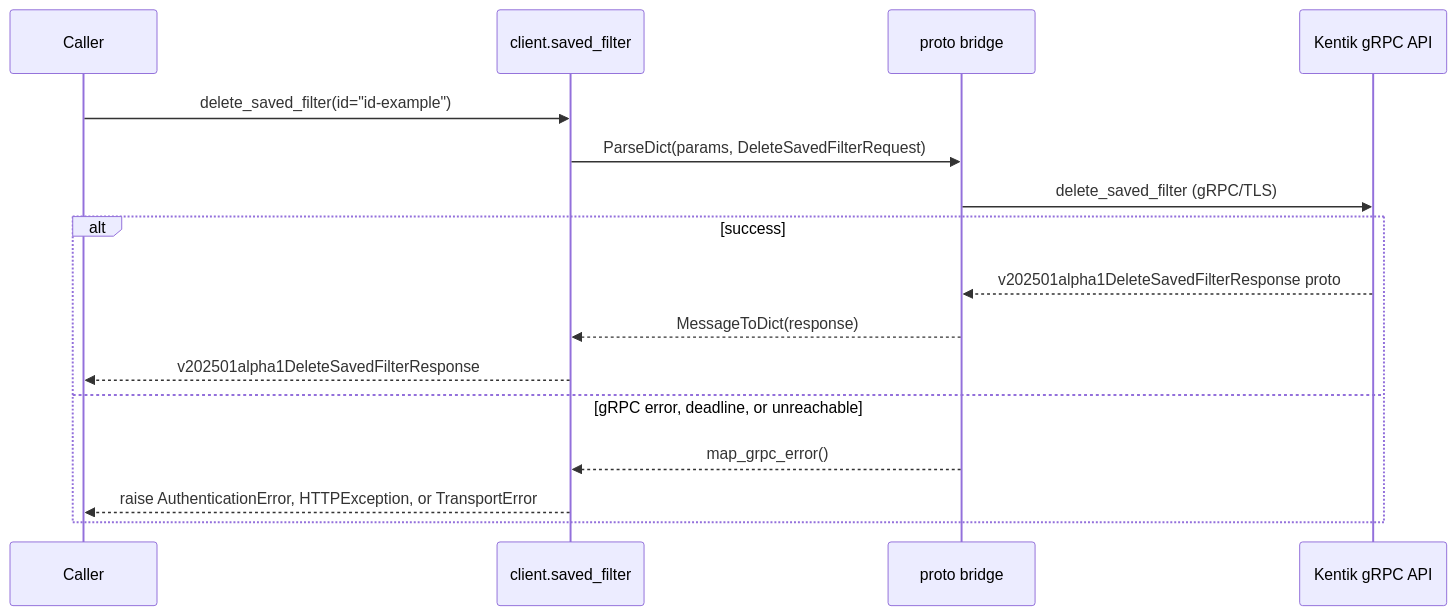
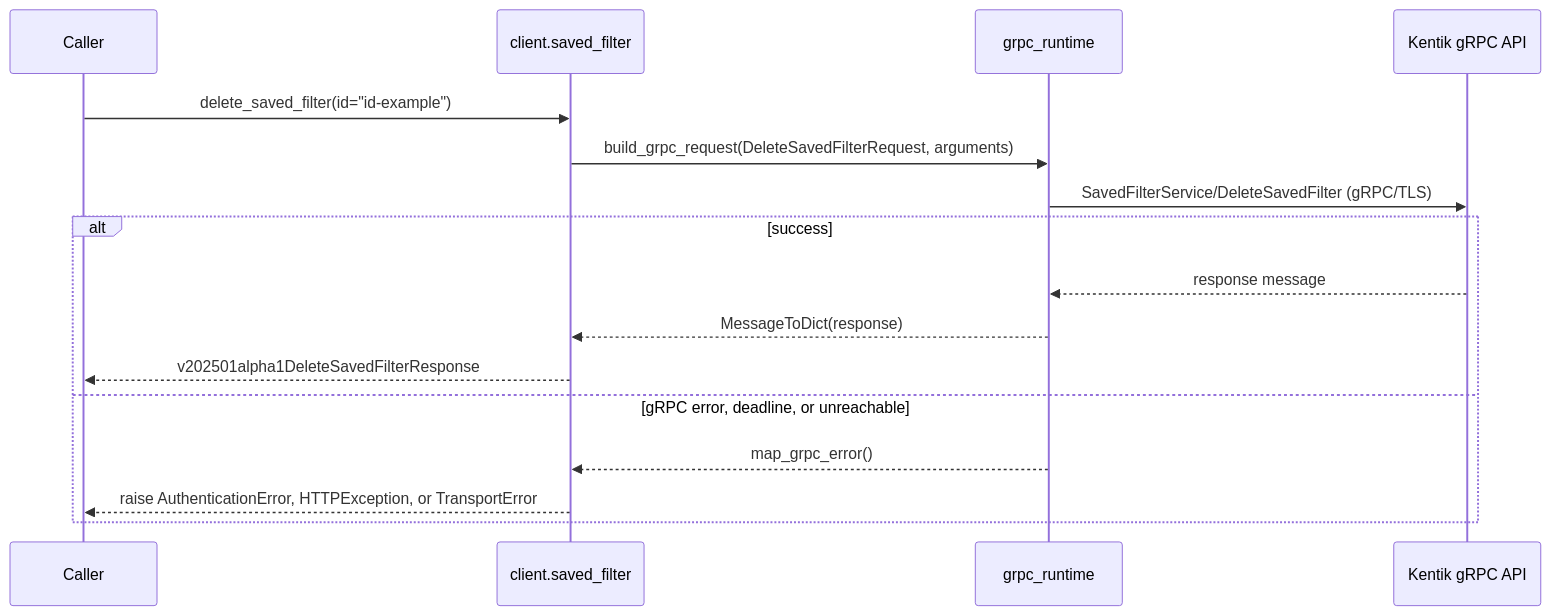
The ninth of 14 diagrams in docs/sphinx/services/saved_filter.md (alexdearaujo/community_sdk_python), drawn with Mermaid before and after one commit. The commit also changed other lines of this file and 37 other files, not shown here.

First line of the commit message:
docs: show the real RPC in each service page's gRPC diagram

````diff
--- a/docs/sphinx/services/saved_filter.md
+++ b/docs/sphinx/services/saved_filter.md
@@ -289,19 +289,19 @@
 ```mermaid
 sequenceDiagram
     participant C as Caller
     participant W as client.saved_filter
-    participant B as proto bridge
+    participant R as grpc_runtime
     participant API as Kentik gRPC API
 
     C->>W: delete_saved_filter(id="id-example")
-    W->>B: ParseDict(params, DeleteSavedFilterRequest)
-    B->>API: delete_saved_filter (gRPC/TLS)
+    W->>R: build_grpc_request(DeleteSavedFilterRequest, arguments)
+    R->>API: SavedFilterService/DeleteSavedFilter (gRPC/TLS)
     alt success
-        API-->>B: v202501alpha1DeleteSavedFilterResponse proto
-        B-->>W: MessageToDict(response)
+        API-->>R: response message
+        R-->>W: MessageToDict(response)
         W-->>C: v202501alpha1DeleteSavedFilterResponse
     else gRPC error, deadline, or unreachable
-        B-->>W: map_grpc_error()
+        R-->>W: map_grpc_error()
         W-->>C: raise AuthenticationError, HTTPException, or TransportError
     end
 ```
````
